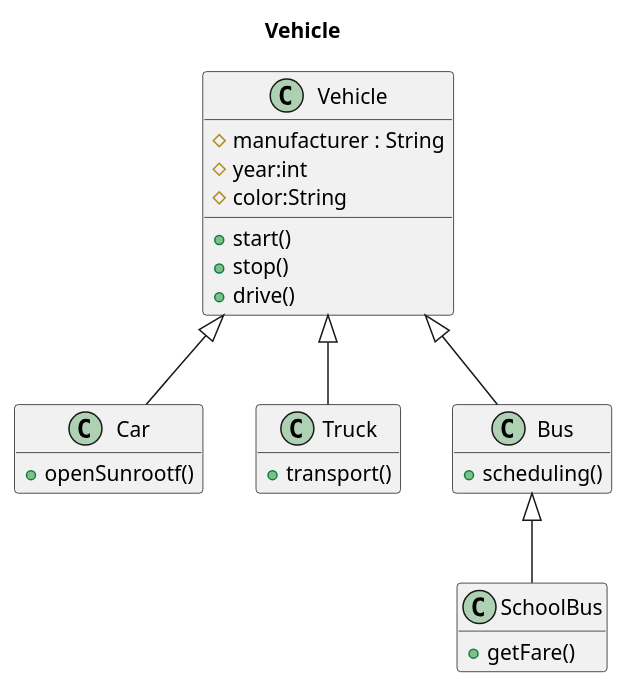
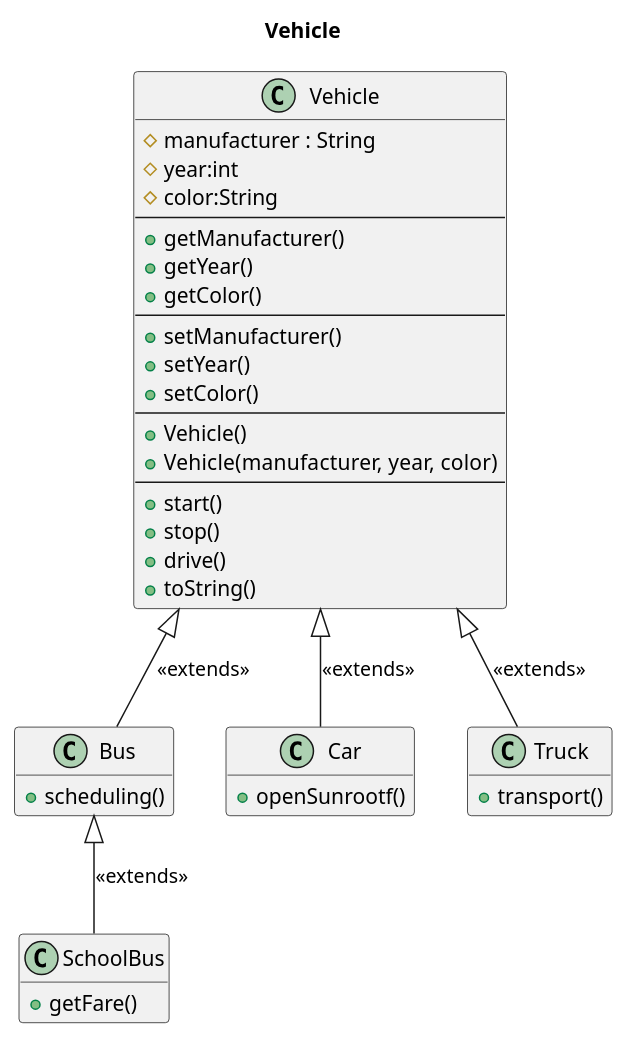
Before and after one commit to zcomert/btk-akademi-nesne-yonelimli-programlama: the diagram in UMLs/chapter_05_01_inheritace.wsd, drawn with PlantUML. The commit also changed 7 other files, not shown here.

```diff
--- a/UMLs/chapter_05_01_inheritace.wsd
+++ b/UMLs/chapter_05_01_inheritace.wsd
@@ -1,33 +1,49 @@
 @startuml Inheritance
 title Vehicle
 
 class Vehicle{
     #manufacturer : String
     #year:int
     #color:String
+    --
+    +getManufacturer()
+    +getYear()
+    +getColor()
+    --
+    +setManufacturer()
+    +setYear()
+    +setColor()
+    --
+    +Vehicle()
+    +Vehicle(manufacturer, year, color)
+    --
     +start()
     +stop()
     +drive()
+    +toString()
 }
 
-class Car extends Vehicle {
+class Car {
     +openSunrootf()
 }
 
-class Truck extends Vehicle {
+class Truck {
     +transport()
 }
 
-
-class Bus extends Vehicle {
+class Bus {
     +scheduling()
 }
 
-
-class SchoolBus extends Bus {
+class SchoolBus {
     +getFare()
 }
+
+Bus -u-|> Vehicle : <<extends>>
+Truck -u-|> Vehicle : <<extends>>
+Car -u-|> Vehicle : <<extends>>
+SchoolBus -u-|> Bus : <<extends>>
 
 hide empty member
 
 @enduml
```
